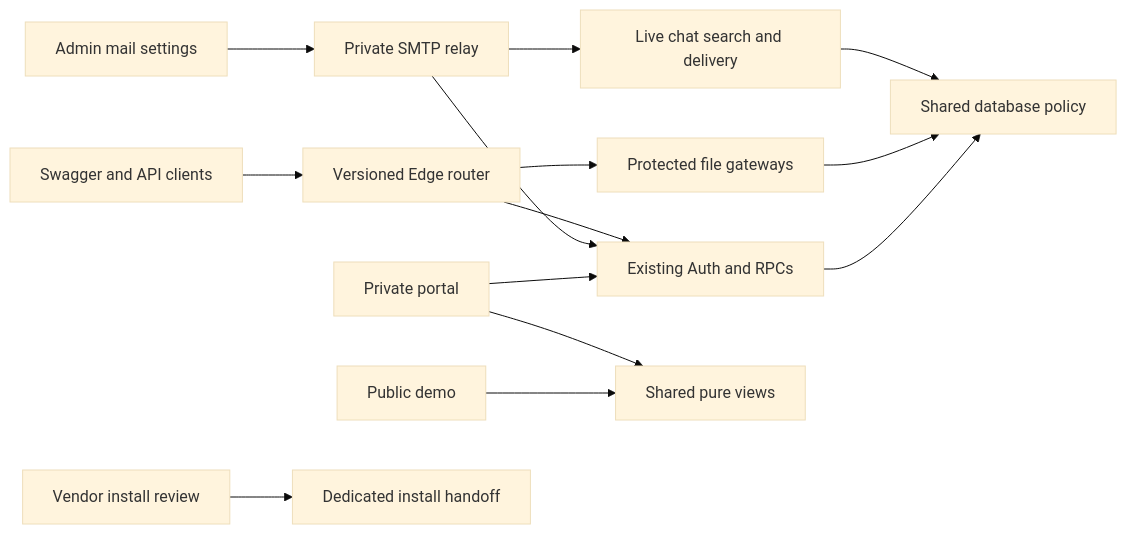
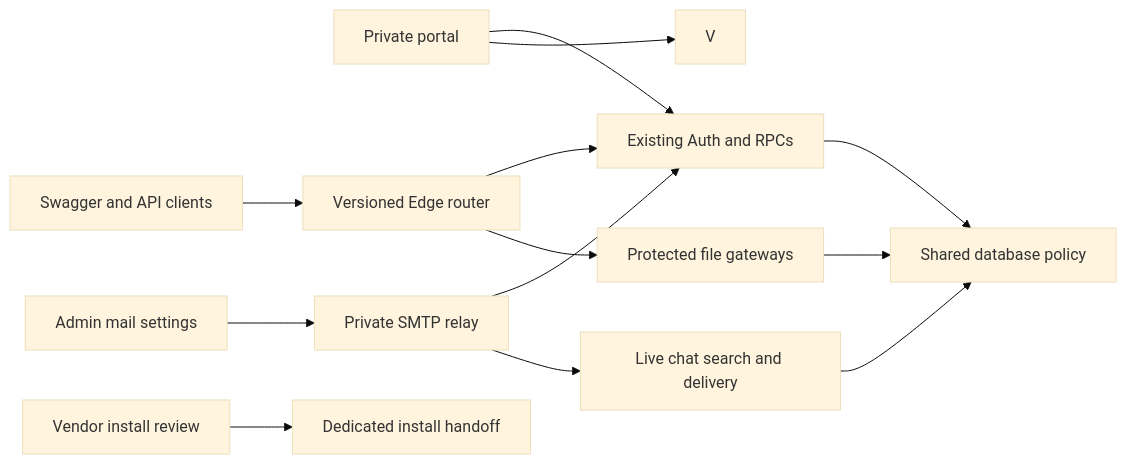
Before and after one commit to Luminovia-Training-Consulting/Luminovia-Management-Tool: the diagram in .junie/plans/deliver-luminovia-roadmap.md, drawn with Mermaid (base theme). The commit also changed other lines of this file and 60 other files, not shown here.

````diff
--- a/.junie/plans/deliver-luminovia-roadmap.md
+++ b/.junie/plans/deliver-luminovia-roadmap.md
@@ -53,16 +53,15 @@
 ```mermaid
 graph LR
 L[Private portal] --> A[Existing Auth and RPCs]
 S[Swagger and API clients] --> R[Versioned Edge router]
 M[Admin mail settings] --> T[Private SMTP relay]
 T --> A
 T --> N
 R --> A
 R --> F[Protected file gateways]
 A --> P[Shared database policy]
 F --> P
 N[Live chat search and delivery] --> P
-D[Public demo] --> V[Shared pure views]
 L --> V
 W[Vendor install review] --> I[Dedicated install handoff]
 ```
````
